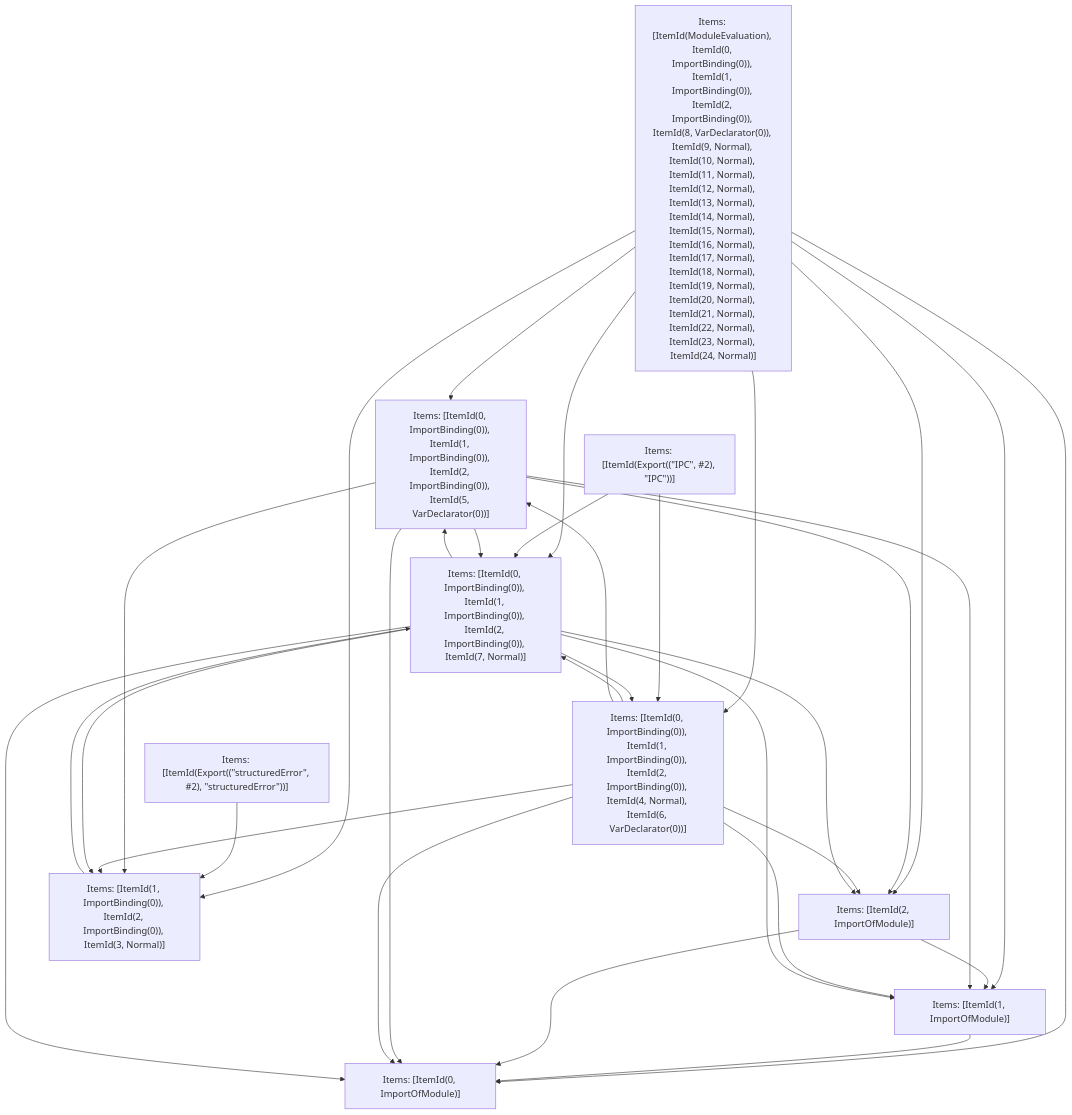
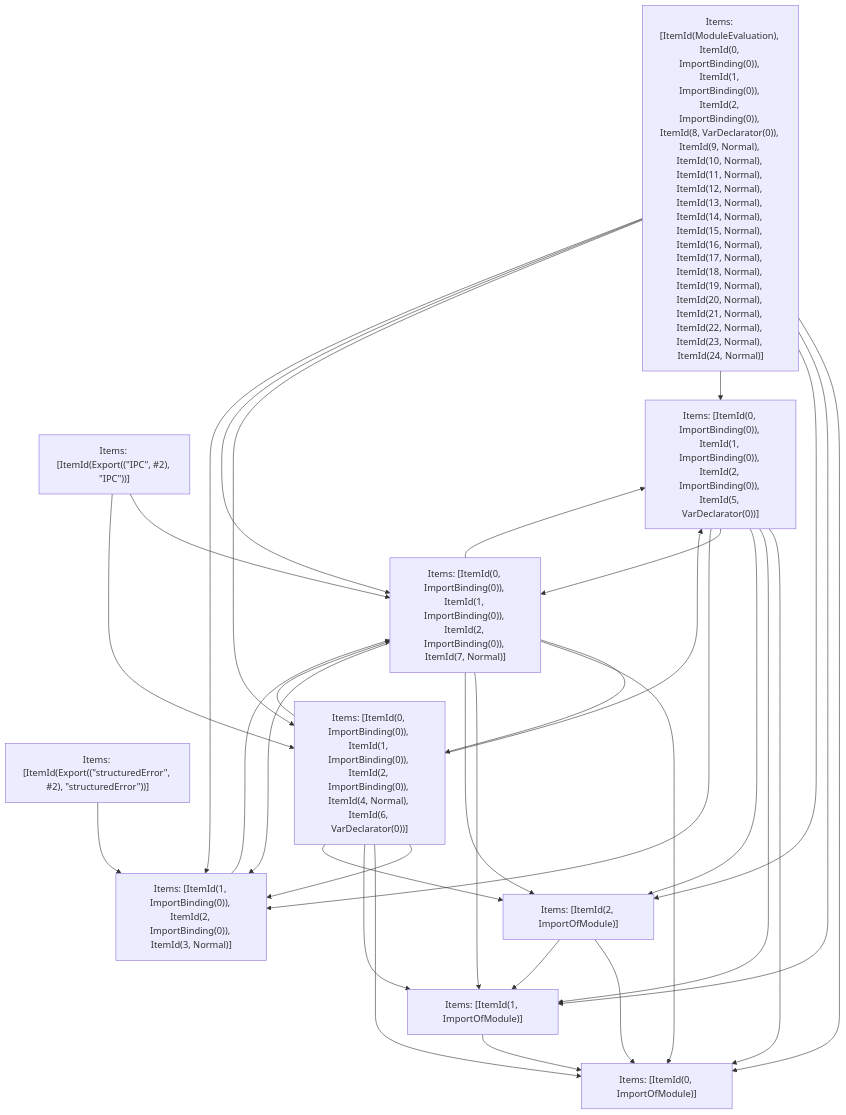
The fifth of 5 diagrams in crates/turbopack-ecmascript/tests/tree-shaker/analyzer/failed-3/output.md (vercel/turborepo), drawn with Mermaid before and after one commit. The commit also changed other lines of this file and 32 other files, not shown here.

````diff
--- a/crates/turbopack-ecmascript/tests/tree-shaker/analyzer/failed-3/output.md
+++ b/crates/turbopack-ecmascript/tests/tree-shaker/analyzer/failed-3/output.md
@@ -1639,44 +1639,44 @@
 ```mermaid
 graph TD
     N0["Items: [ItemId(ModuleEvaluation), ItemId(0, ImportBinding(0)), ItemId(1, ImportBinding(0)), ItemId(2, ImportBinding(0)), ItemId(8, VarDeclarator(0)), ItemId(9, Normal), ItemId(10, Normal), ItemId(11, Normal), ItemId(12, Normal), ItemId(13, Normal), ItemId(14, Normal), ItemId(15, Normal), ItemId(16, Normal), ItemId(17, Normal), ItemId(18, Normal), ItemId(19, Normal), ItemId(20, Normal), ItemId(21, Normal), ItemId(22, Normal), ItemId(23, Normal), ItemId(24, Normal)]"];
     N1["Items: [ItemId(Export((&quot;structuredError&quot;, #2), &quot;structuredError&quot;))]"];
     N2["Items: [ItemId(Export((&quot;IPC&quot;, #2), &quot;IPC&quot;))]"];
     N3["Items: [ItemId(0, ImportOfModule)]"];
     N4["Items: [ItemId(1, ImportOfModule)]"];
     N5["Items: [ItemId(2, ImportOfModule)]"];
     N6["Items: [ItemId(1, ImportBinding(0)), ItemId(2, ImportBinding(0)), ItemId(3, Normal)]"];
     N7["Items: [ItemId(0, ImportBinding(0)), ItemId(1, ImportBinding(0)), ItemId(2, ImportBinding(0)), ItemId(5, VarDeclarator(0))]"];
     N8["Items: [ItemId(0, ImportBinding(0)), ItemId(1, ImportBinding(0)), ItemId(2, ImportBinding(0)), ItemId(4, Normal), ItemId(6, VarDeclarator(0))]"];
     N9["Items: [ItemId(0, ImportBinding(0)), ItemId(1, ImportBinding(0)), ItemId(2, ImportBinding(0)), ItemId(7, Normal)]"];
     N0 --> N3;
     N0 --> N4;
     N0 --> N5;
     N0 --> N7;
     N0 --> N8;
     N0 --> N9;
     N0 --> N6;
     N1 --> N6;
+    N2 --> N9;
     N2 --> N8;
-    N2 --> N9;
     N4 --> N3;
     N5 --> N3;
     N5 --> N4;
     N6 --> N9;
     N7 --> N3;
     N7 --> N4;
     N7 --> N5;
     N7 --> N9;
     N7 --> N6;
     N8 --> N9;
     N8 --> N6;
     N8 --> N7;
     N8 --> N3;
     N8 --> N4;
     N8 --> N5;
     N9 --> N8;
     N9 --> N3;
     N9 --> N4;
     N9 --> N5;
     N9 --> N7;
     N9 --> N6;
 ```
````
